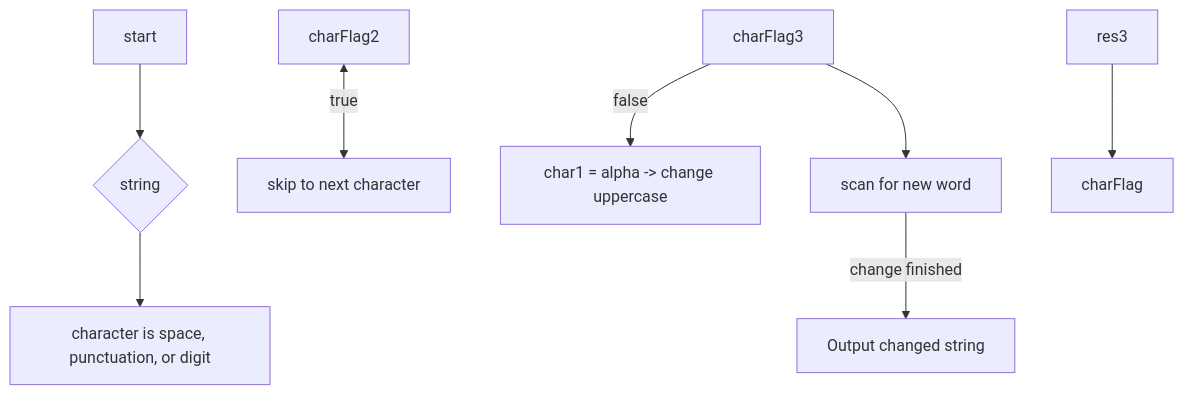
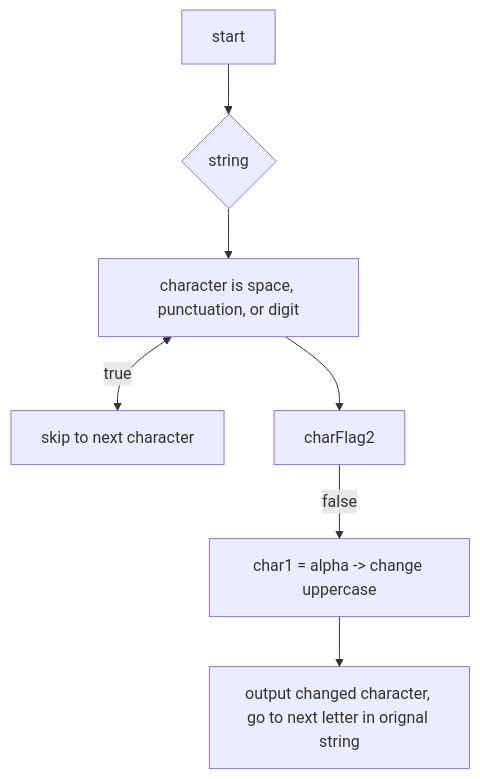
The diagram in chapter4/mytitle-flow.mmd (DatBoiBeRolling/C-plus-plus), drawn with Mermaid before and after one commit. The commit also changed other lines of this file, not shown here.

Commit message:
chapter4

```diff
--- a/chapter4/mytitle-flow.mmd
+++ b/chapter4/mytitle-flow.mmd
@@ -1,10 +1,9 @@
 flowchart TD
 
 	mystart[start]
 	mystart --> input{string}
 	input --> charFlag1[character is space, punctuation, or digit]
-	charFlag2 <--> |true| res1[skip to next character]
-	charFlag3 --> |false| res2[char1 = alpha -> change uppercase]
-	charFlag3 --> charNew[scan for new word]
-	res3 --> charFlag
-	charNew --> |change finished| end1[Output changed string]
+	charFlag1 <--> |true| res1[skip to next character]
+	charFlag1 --> charFlag2
+	charFlag2 --> |false| res2[char1 = alpha -> change uppercase]
+	res2 --> out1[output changed character, go to next letter in orignal string]
```
